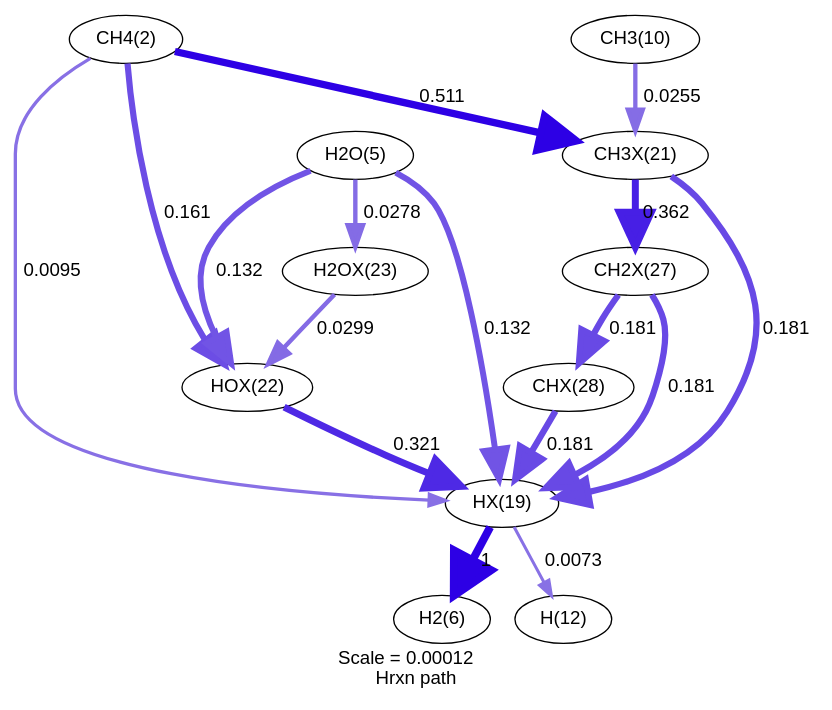
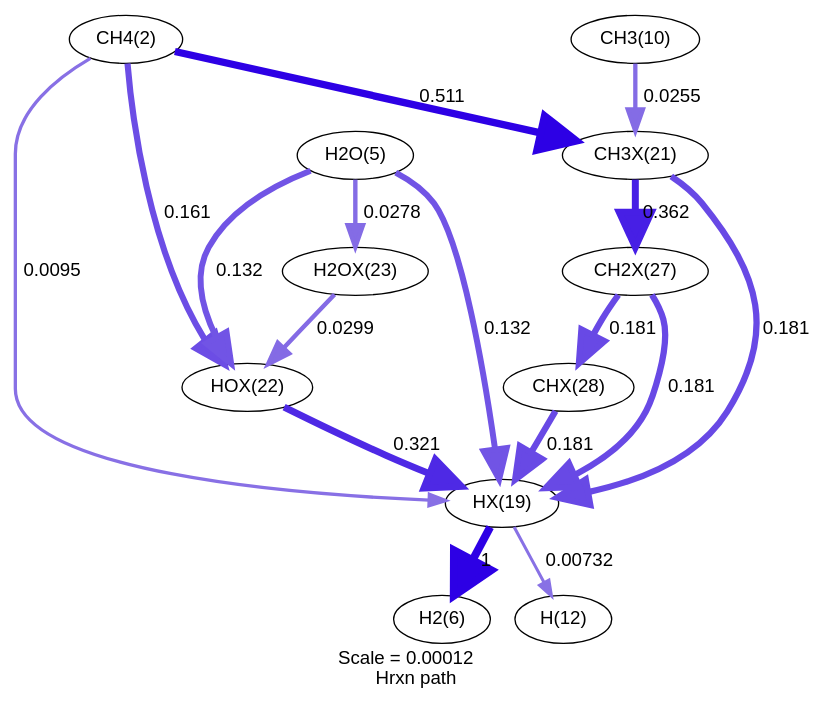
The diagram in rh/rxnpath/rxnpath-1.8-surf-11.83mm-H.dot (comocheng/cpox), drawn with Graphviz before and after one commit. The commit also changed 501 other files, not shown here.

```diff
--- a/rh/rxnpath/rxnpath-1.8-surf-11.83mm-H.dot
+++ b/rh/rxnpath/rxnpath-1.8-surf-11.83mm-H.dot
@@ -1,48 +1,48 @@
 digraph reaction_paths {
 center=1;
-s3 -> s23[fontname="Helvetica", penwidth=2.48, arrowsize=1.24, color="0.7, 0.509, 0.9"
+s3 -> s28[fontname="Helvetica", penwidth=2.48, arrowsize=1.24, color="0.7, 0.509, 0.9"
 , label=" 0.0095"];
-s3 -> s26[fontname="Helvetica", penwidth=4.62, arrowsize=2.31, color="0.7, 0.661, 0.9"
+s3 -> s31[fontname="Helvetica", penwidth=4.62, arrowsize=2.31, color="0.7, 0.661, 0.9"
 , label=" 0.161"];
-s3 -> s25[fontname="Helvetica", penwidth=5.49, arrowsize=2.75, color="0.7, 1.01, 0.9"
+s3 -> s30[fontname="Helvetica", penwidth=5.49, arrowsize=2.75, color="0.7, 1.01, 0.9"
 , label=" 0.511"];
-s23 -> s7[fontname="Helvetica", penwidth=6, arrowsize=3, color="0.7, 1.5, 0.9"
+s28 -> s7[fontname="Helvetica", penwidth=6, arrowsize=3, color="0.7, 1.5, 0.9"
 , label=" 1"];
-s23 -> s13[fontname="Helvetica", penwidth=2.29, arrowsize=1.14, color="0.7, 0.507, 0.9"
-, label=" 0.0073"];
-s26 -> s23[fontname="Helvetica", penwidth=5.14, arrowsize=2.57, color="0.7, 0.821, 0.9"
+s28 -> s13[fontname="Helvetica", penwidth=2.29, arrowsize=1.14, color="0.7, 0.507, 0.9"
+, label=" 0.00732"];
+s31 -> s28[fontname="Helvetica", penwidth=5.14, arrowsize=2.57, color="0.7, 0.821, 0.9"
 , label=" 0.321"];
-s6 -> s23[fontname="Helvetica", penwidth=4.47, arrowsize=2.24, color="0.7, 0.632, 0.9"
+s6 -> s28[fontname="Helvetica", penwidth=4.47, arrowsize=2.24, color="0.7, 0.632, 0.9"
 , label=" 0.132"];
-s25 -> s23[fontname="Helvetica", penwidth=4.71, arrowsize=2.35, color="0.7, 0.681, 0.9"
+s30 -> s28[fontname="Helvetica", penwidth=4.71, arrowsize=2.35, color="0.7, 0.681, 0.9"
 , label=" 0.181"];
-s31 -> s23[fontname="Helvetica", penwidth=4.71, arrowsize=2.35, color="0.7, 0.681, 0.9"
+s36 -> s28[fontname="Helvetica", penwidth=4.71, arrowsize=2.35, color="0.7, 0.681, 0.9"
 , label=" 0.181"];
-s32 -> s23[fontname="Helvetica", penwidth=4.71, arrowsize=2.35, color="0.7, 0.681, 0.9"
+s37 -> s28[fontname="Helvetica", penwidth=4.71, arrowsize=2.35, color="0.7, 0.681, 0.9"
 , label=" 0.181"];
-s6 -> s26[fontname="Helvetica", penwidth=4.47, arrowsize=2.24, color="0.7, 0.632, 0.9"
+s6 -> s31[fontname="Helvetica", penwidth=4.47, arrowsize=2.24, color="0.7, 0.632, 0.9"
 , label=" 0.132"];
-s27 -> s26[fontname="Helvetica", penwidth=3.35, arrowsize=1.67, color="0.7, 0.53, 0.9"
+s32 -> s31[fontname="Helvetica", penwidth=3.35, arrowsize=1.67, color="0.7, 0.53, 0.9"
 , label=" 0.0299"];
-s6 -> s27[fontname="Helvetica", penwidth=3.3, arrowsize=1.65, color="0.7, 0.528, 0.9"
+s6 -> s32[fontname="Helvetica", penwidth=3.3, arrowsize=1.65, color="0.7, 0.528, 0.9"
 , label=" 0.0278"];
-s11 -> s25[fontname="Helvetica", penwidth=3.23, arrowsize=1.61, color="0.7, 0.525, 0.9"
+s11 -> s30[fontname="Helvetica", penwidth=3.23, arrowsize=1.62, color="0.7, 0.526, 0.9"
 , label=" 0.0255"];
-s25 -> s31[fontname="Helvetica", penwidth=5.23, arrowsize=2.62, color="0.7, 0.862, 0.9"
+s30 -> s36[fontname="Helvetica", penwidth=5.23, arrowsize=2.62, color="0.7, 0.862, 0.9"
 , label=" 0.362"];
-s31 -> s32[fontname="Helvetica", penwidth=4.71, arrowsize=2.35, color="0.7, 0.681, 0.9"
+s36 -> s37[fontname="Helvetica", penwidth=4.71, arrowsize=2.35, color="0.7, 0.681, 0.9"
 , label=" 0.181"];
 s3 [ fontname="Helvetica", label="CH4(2)"];
 s6 [ fontname="Helvetica", label="H2O(5)"];
 s7 [ fontname="Helvetica", label="H2(6)"];
 s11 [ fontname="Helvetica", label="CH3(10)"];
 s13 [ fontname="Helvetica", label="H(12)"];
-s23 [ fontname="Helvetica", label="HX(19)"];
-s25 [ fontname="Helvetica", label="CH3X(21)"];
-s26 [ fontname="Helvetica", label="HOX(22)"];
-s27 [ fontname="Helvetica", label="H2OX(23)"];
-s31 [ fontname="Helvetica", label="CH2X(27)"];
-s32 [ fontname="Helvetica", label="CHX(28)"];
+s28 [ fontname="Helvetica", label="HX(19)"];
+s30 [ fontname="Helvetica", label="CH3X(21)"];
+s31 [ fontname="Helvetica", label="HOX(22)"];
+s32 [ fontname="Helvetica", label="H2OX(23)"];
+s36 [ fontname="Helvetica", label="CH2X(27)"];
+s37 [ fontname="Helvetica", label="CHX(28)"];
  label = "Scale = 0.00012\l Hrxn path";
  fontname = "Helvetica";
 }
```
